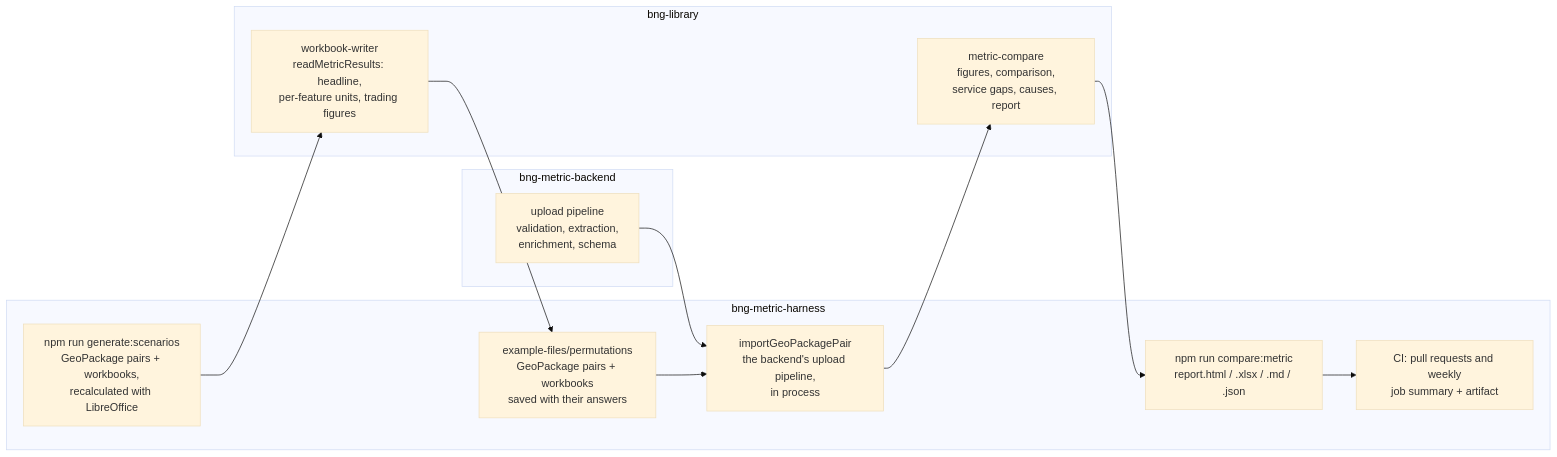
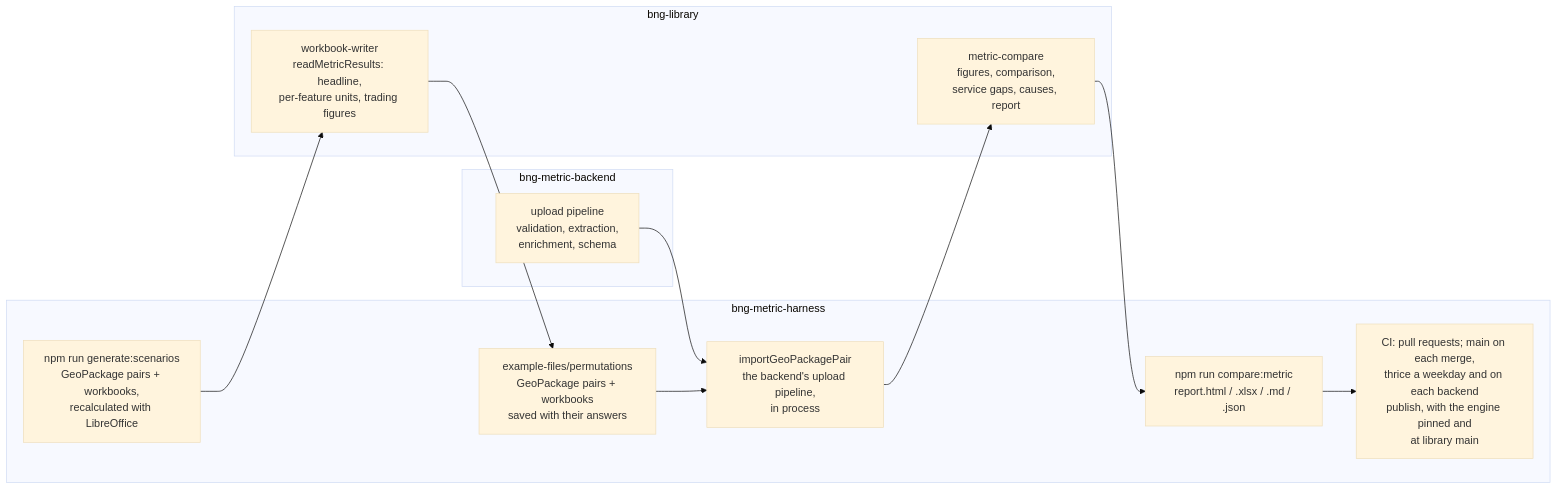
One commit to DEFRA/bng-metric-harness changed the diagram in docs/compare-metric.md. Above: the diagram before and after it, drawn with Mermaid (base theme). The commit also changed other lines of this file and 6 other files, not shown here.

````diff
--- a/docs/compare-metric.md
+++ b/docs/compare-metric.md
@@ -76,22 +76,22 @@
 ```mermaid
 flowchart LR
   subgraph harness[bng-metric-harness]
     gen["npm run generate:scenarios<br>GeoPackage pairs + workbooks,<br>recalculated with LibreOffice"]
     corpus["example-files/permutations<br>GeoPackage pairs + workbooks<br>saved with their answers"]
     import["importGeoPackagePair<br>the backend's upload pipeline,<br>in process"]
     cli["npm run compare:metric<br>report.html / .xlsx / .md / .json"]
-    ci["CI: pull requests and weekly<br>job summary + artifact"]
+    ci["CI: pull requests; main on each merge,<br>thrice a weekday and on each backend<br>publish, with the engine pinned and<br>at library main"]
   end
   subgraph library[bng-library]
     reader["workbook-writer<br>readMetricResults: headline,<br>per-feature units, trading figures"]
     compare["metric-compare<br>figures, comparison,<br>service gaps, causes, report"]
   end
   subgraph backend[bng-metric-backend]
     pipeline["upload pipeline<br>validation, extraction,<br>enrichment, schema"]
   end
   gen --> reader
   reader --> corpus
   pipeline --> import
   corpus --> import --> compare
   compare --> cli --> ci
 ```
````
